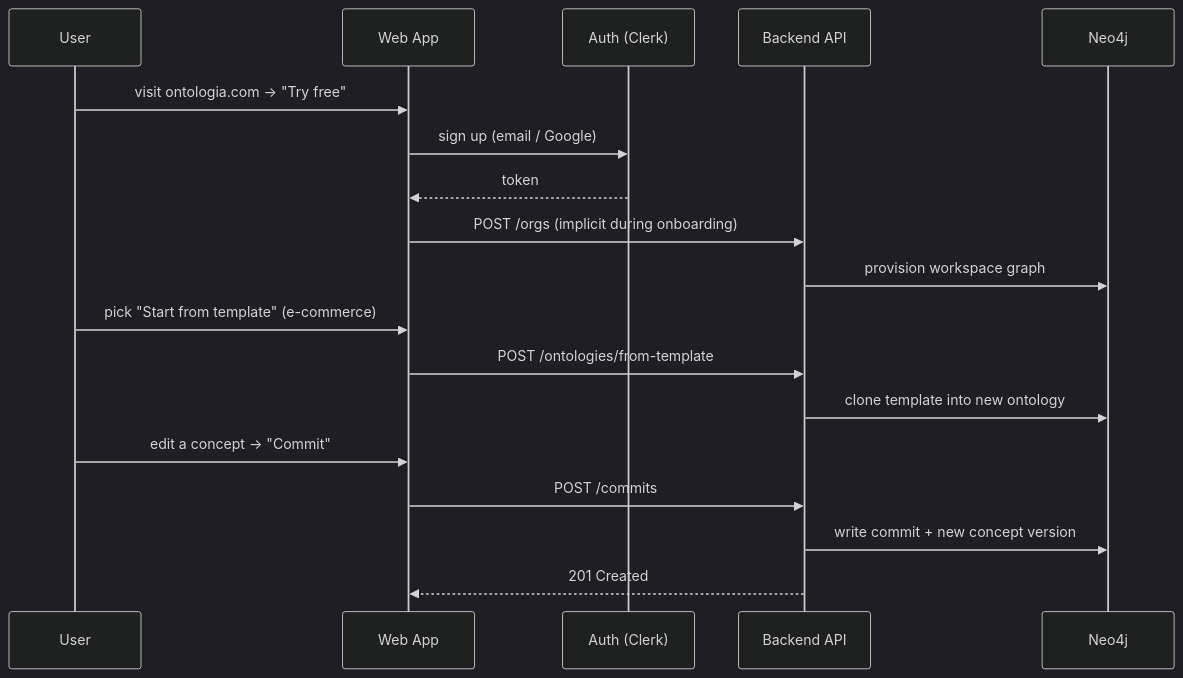
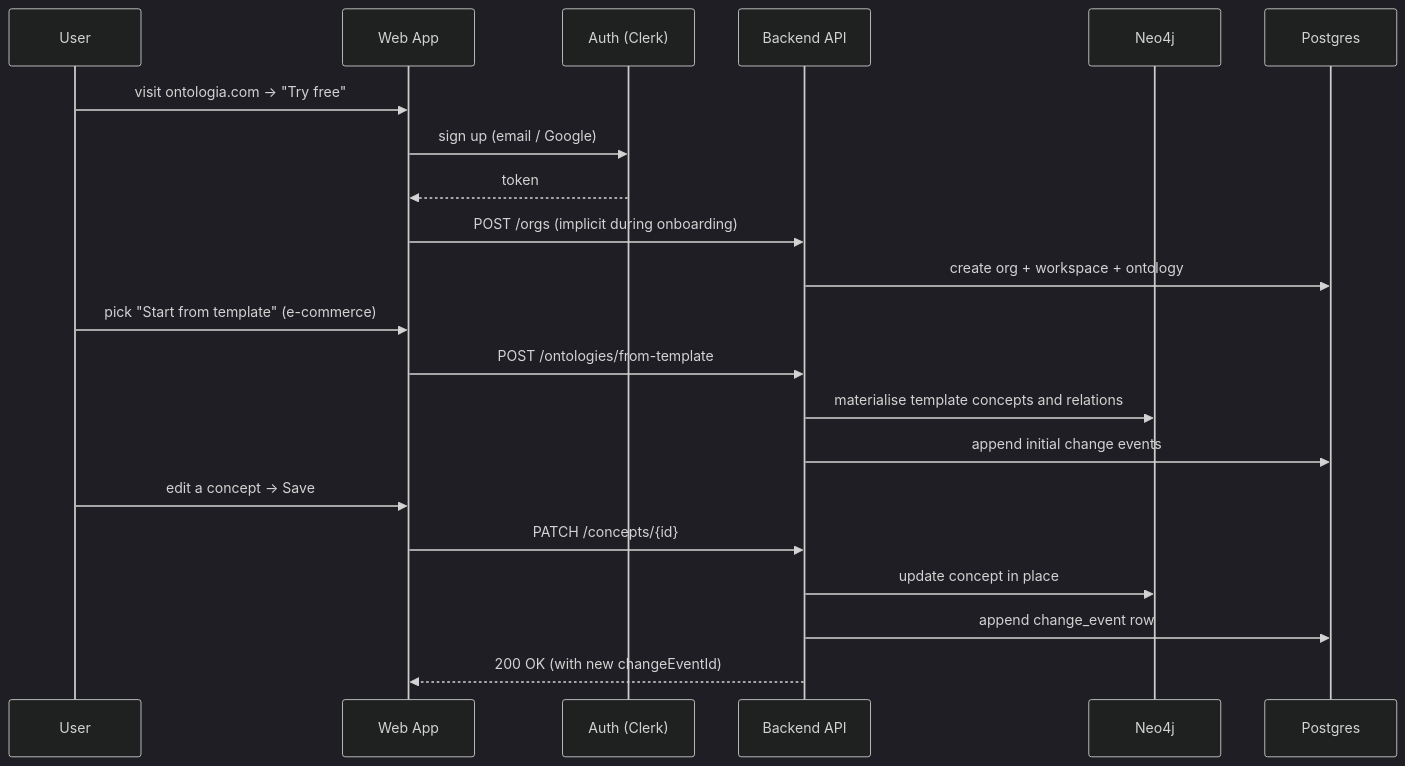
The diagram in docs/01_product/USER_FLOWS.md (vl-thinkware/Ontologia), drawn with Mermaid (dark theme) before and after one commit. The commit also changed other lines of this file and 61 other files, not shown here.

````diff
--- a/docs/01_product/USER_FLOWS.md
+++ b/docs/01_product/USER_FLOWS.md
@@ -11,20 +15,23 @@
 ```mermaid
 sequenceDiagram
   participant U as User
   participant W as Web App
   participant A as Auth (Clerk)
   participant B as Backend API
   participant N as Neo4j
+  participant P as Postgres
   U->>W: visit ontologia.com → "Try free"
   W->>A: sign up (email / Google)
   A-->>W: token
   W->>B: POST /orgs (implicit during onboarding)
-  B->>N: provision workspace graph
+  B->>P: create org + workspace + ontology
   U->>W: pick "Start from template" (e-commerce)
   W->>B: POST /ontologies/from-template
-  B->>N: clone template into new ontology
-  U->>W: edit a concept → "Commit"
-  W->>B: POST /commits
-  B->>N: write commit + new concept version
-  B-->>W: 201 Created
+  B->>N: materialise template concepts and relations
+  B->>P: append initial change events
+  U->>W: edit a concept → Save
+  W->>B: PATCH /concepts/{id}
+  B->>N: update concept in place
+  B->>P: append change_event row
+  B-->>W: 200 OK (with new changeEventId)
 ```
````
